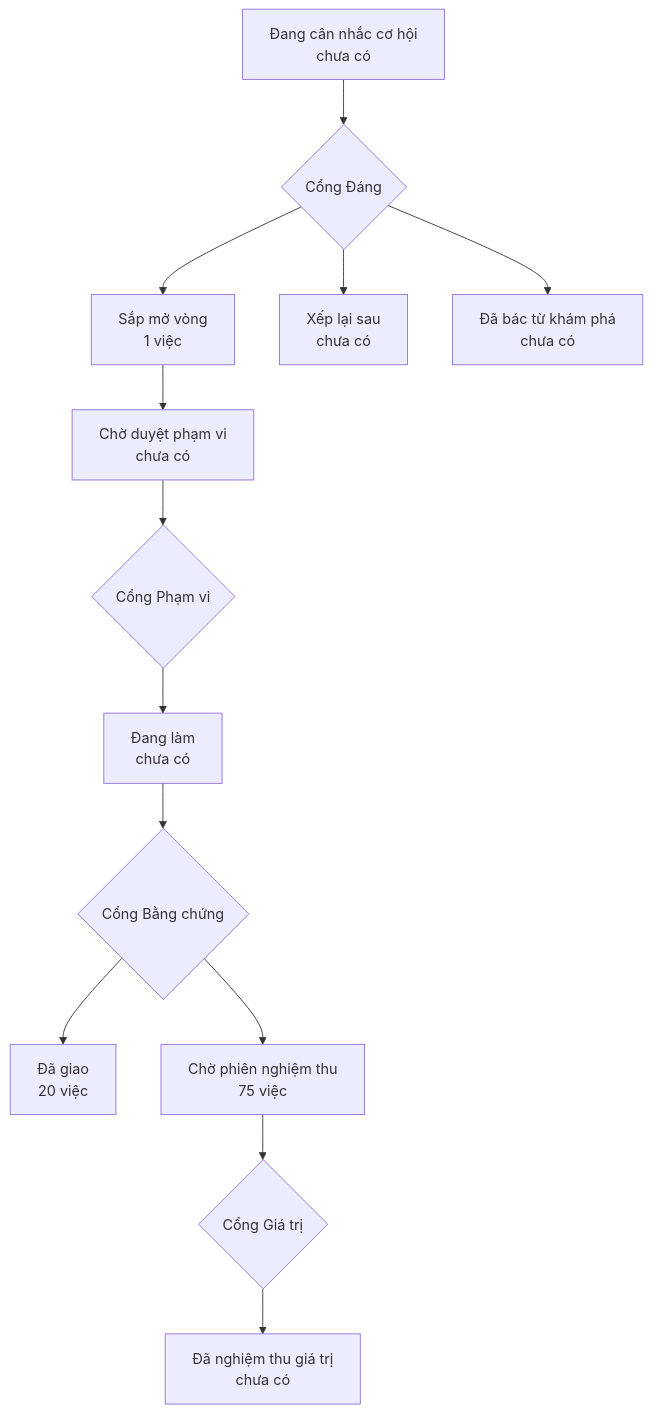
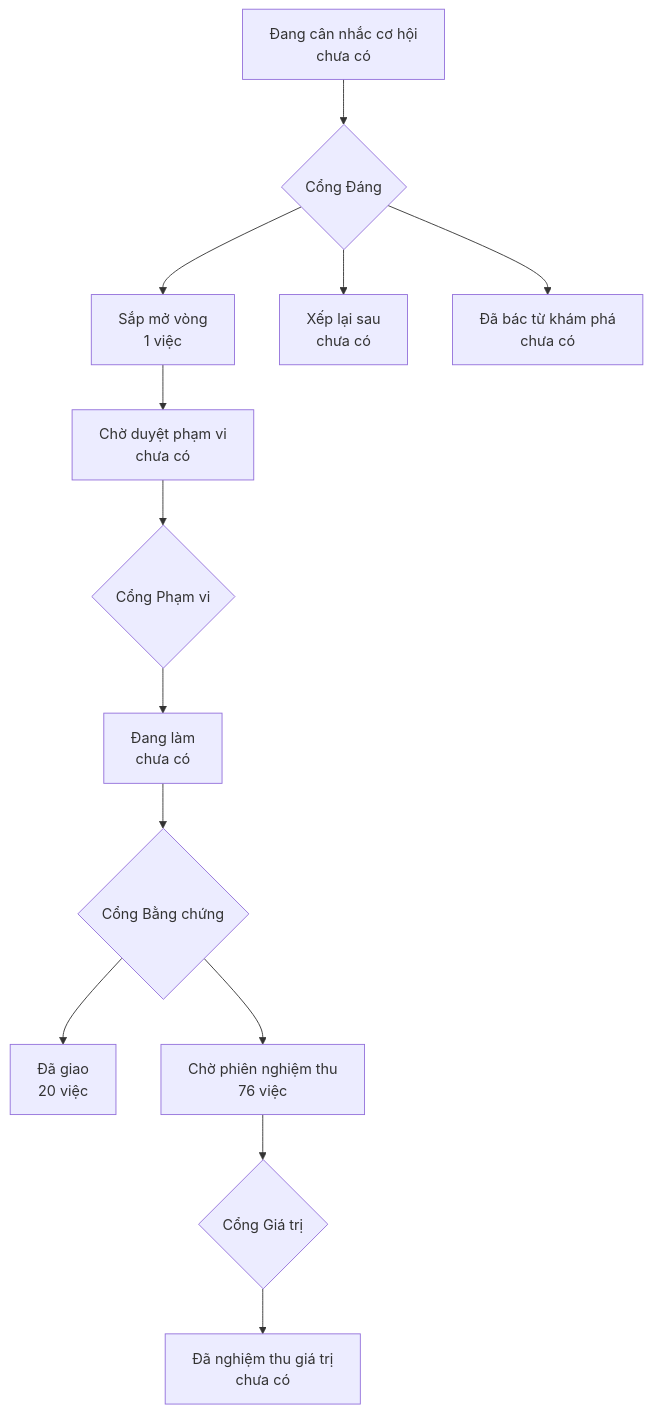
One commit to phanlemanh/onehub-quy-hang changed the diagram in PRODUCT-MAP.md. Above: the diagram before and after it, drawn with Mermaid. The commit also changed other lines of this file and 2 other files, not shown here.

Commit message:
chore: vẽ lại bản đồ, ghim khuôn sau khi gộp nhánh chính (hàng 89)

````diff
--- a/PRODUCT-MAP.md
+++ b/PRODUCT-MAP.md
@@ -7,12 +7,12 @@
 ```mermaid
 flowchart TD
   A["Đang cân nhắc cơ hội<br/>chưa có"] --> GD{"Cổng Đáng"}
   GD --> B["Sắp mở vòng<br/>1 việc"]
   GD --> XL["Xếp lại sau<br/>chưa có"]
   GD --> DB["Đã bác từ khám phá<br/>chưa có"]
   B --> CD["Chờ duyệt phạm vi<br/>chưa có"] --> GP{"Cổng Phạm vi"}
   GP --> DL["Đang làm<br/>chưa có"] --> GB{"Cổng Bằng chứng"}
   GB --> DG["Đã giao<br/>20 việc"]
-  GB --> CN["Chờ phiên nghiệm thu<br/>75 việc"] --> GG{"Cổng Giá trị"}
+  GB --> CN["Chờ phiên nghiệm thu<br/>76 việc"] --> GG{"Cổng Giá trị"}
   GG --> NT["Đã nghiệm thu giá trị<br/>chưa có"]
 ```
````
